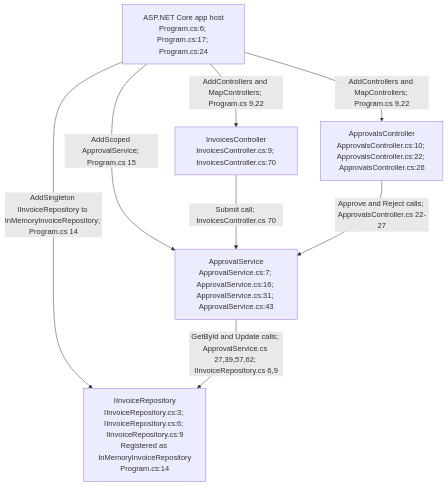
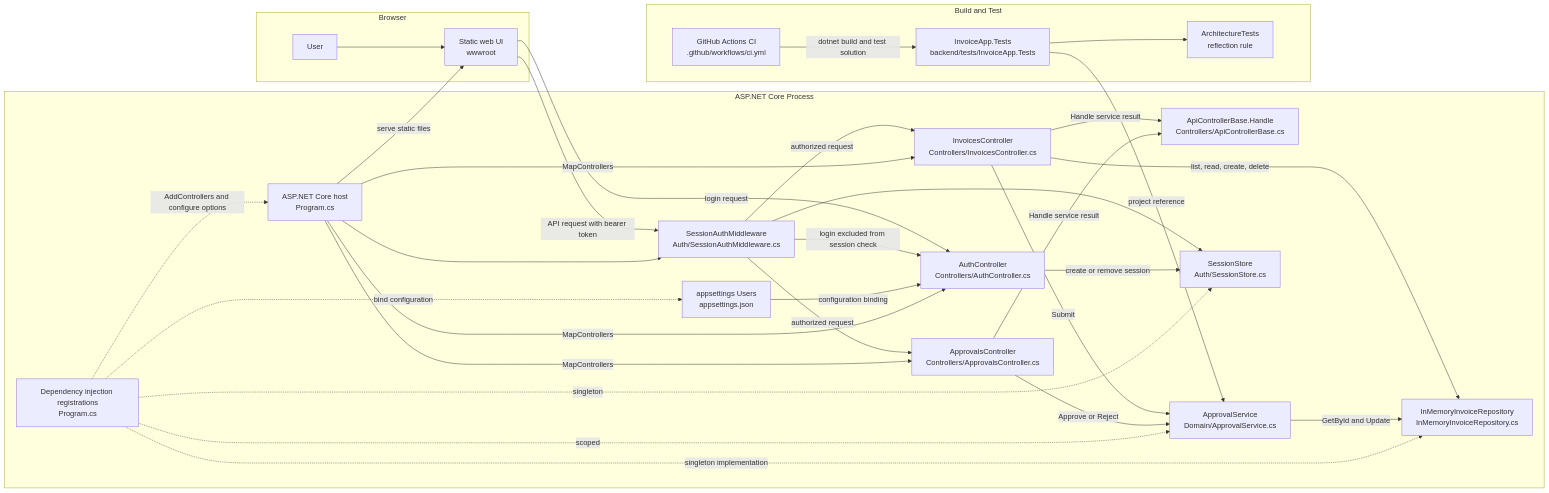
Before and after one commit to harshitbh/aiinsdlc: the diagram in submission/architecture/as-built.mmd, drawn with Mermaid. The commit also changed 1 other file, not shown here.

```diff
--- a/submission/architecture/as-built.mmd
+++ b/submission/architecture/as-built.mmd
@@ -1,14 +1,57 @@
-graph TD
-    Host["ASP.NET Core app host<br/>Program.cs:6; Program.cs:17; Program.cs:24"]
-    InvoicesController["InvoicesController<br/>InvoicesController.cs:9; InvoicesController.cs:70"]
-    ApprovalsController["ApprovalsController<br/>ApprovalsController.cs:10; ApprovalsController.cs:22; ApprovalsController.cs:26"]
-    ApprovalService["ApprovalService<br/>ApprovalService.cs:7; ApprovalService.cs:16; ApprovalService.cs:31; ApprovalService.cs:43"]
-    Repository["IInvoiceRepository<br/>IInvoiceRepository.cs:3; IInvoiceRepository.cs:6; IInvoiceRepository.cs:9<br/>Registered as InMemoryInvoiceRepository<br/>Program.cs:14"]
+flowchart LR
+    subgraph Browser[Browser]
+        User[User]
+        WebUI[Static web UI<br/>wwwroot]
+    end
 
-    Host -->|AddControllers and MapControllers; Program.cs 9,22| InvoicesController
-    Host -->|AddControllers and MapControllers; Program.cs 9,22| ApprovalsController
-    Host -->|AddScoped ApprovalService; Program.cs 15| ApprovalService
-    Host -->|AddSingleton IInvoiceRepository to InMemoryInvoiceRepository; Program.cs 14| Repository
-    InvoicesController -->|Submit call; InvoicesController.cs 70| ApprovalService
-    ApprovalsController -->|Approve and Reject calls; ApprovalsController.cs 22-27| ApprovalService
-    ApprovalService -->|GetById and Update calls; ApprovalService.cs 27,39,57,62; IInvoiceRepository.cs 6,9| Repository
+    subgraph Process[ASP.NET Core Process]
+        Host[ASP.NET Core host<br/>Program.cs]
+        Middleware[SessionAuthMiddleware<br/>Auth/SessionAuthMiddleware.cs]
+        AuthController[AuthController<br/>Controllers/AuthController.cs]
+        InvoicesController[InvoicesController<br/>Controllers/InvoicesController.cs]
+        ApprovalsController[ApprovalsController<br/>Controllers/ApprovalsController.cs]
+        BaseController[ApiControllerBase.Handle<br/>Controllers/ApiControllerBase.cs]
+        ApprovalService[ApprovalService<br/>Domain/ApprovalService.cs]
+        Repository[InMemoryInvoiceRepository<br/>InMemoryInvoiceRepository.cs]
+        Sessions[SessionStore<br/>Auth/SessionStore.cs]
+        Users[appsettings Users<br/>appsettings.json]
+        DI[Dependency injection registrations<br/>Program.cs]
+    end
+
+    subgraph BuildTest[Build and Test]
+        CI[GitHub Actions CI<br/>.github/workflows/ci.yml]
+        TestProject[InvoiceApp.Tests<br/>backend/tests/InvoiceApp.Tests]
+        ArchitectureTest[ArchitectureTests<br/>reflection rule]
+    end
+
+    User --> WebUI
+    Host -->|serve static files| WebUI
+    WebUI -->|login request| AuthController
+    WebUI -->|API request with bearer token| Middleware
+    Middleware -->|login excluded from session check| AuthController
+    Middleware -->|authorized request| InvoicesController
+    Middleware -->|authorized request| ApprovalsController
+    Middleware --> Sessions
+    Users -->|configuration binding| AuthController
+    AuthController -->|create or remove session| Sessions
+
+    InvoicesController -->|Submit| ApprovalService
+    InvoicesController -->|list, read, create, delete| Repository
+    ApprovalsController -->|Approve or Reject| ApprovalService
+    InvoicesController -->|Handle service result| BaseController
+    ApprovalsController -->|Handle service result| BaseController
+    ApprovalService -->|GetById and Update| Repository
+
+    Host --> Middleware
+    Host -->|MapControllers| AuthController
+    Host -->|MapControllers| InvoicesController
+    Host -->|MapControllers| ApprovalsController
+    DI -.->|AddControllers and configure options| Host
+    DI -.->|singleton| Sessions
+    DI -.->|singleton implementation| Repository
+    DI -.->|scoped| ApprovalService
+    DI -.->|bind configuration| Users
+
+    CI -->|dotnet build and test solution| TestProject
+    TestProject --> ArchitectureTest
+    TestProject -->|project reference| ApprovalService
```
